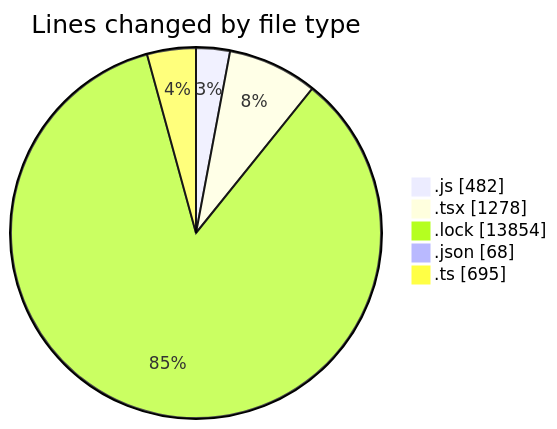
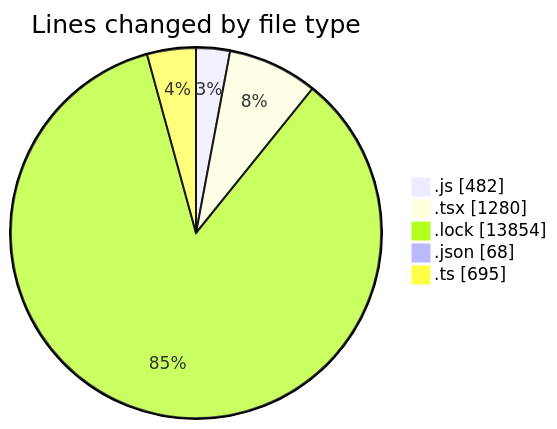
One commit to momahboobian/code-tracking changed the first of 2 diagrams in 2026-06-16/cda/README.md. Above: the diagram before and after it, drawn with Mermaid. The commit also changed other lines of this file and 1 other file, not shown here.

````diff
--- a/2026-06-16/cda/README.md
+++ b/2026-06-16/cda/README.md
@@ -33,9 +33,9 @@
 ```mermaid
 pie showData
 title Lines changed by file type
 ".js" : 482
-".tsx" : 1278
+".tsx" : 1280
 ".lock" : 13854
 ".json" : 68
 ".ts" : 695
 ```
````
